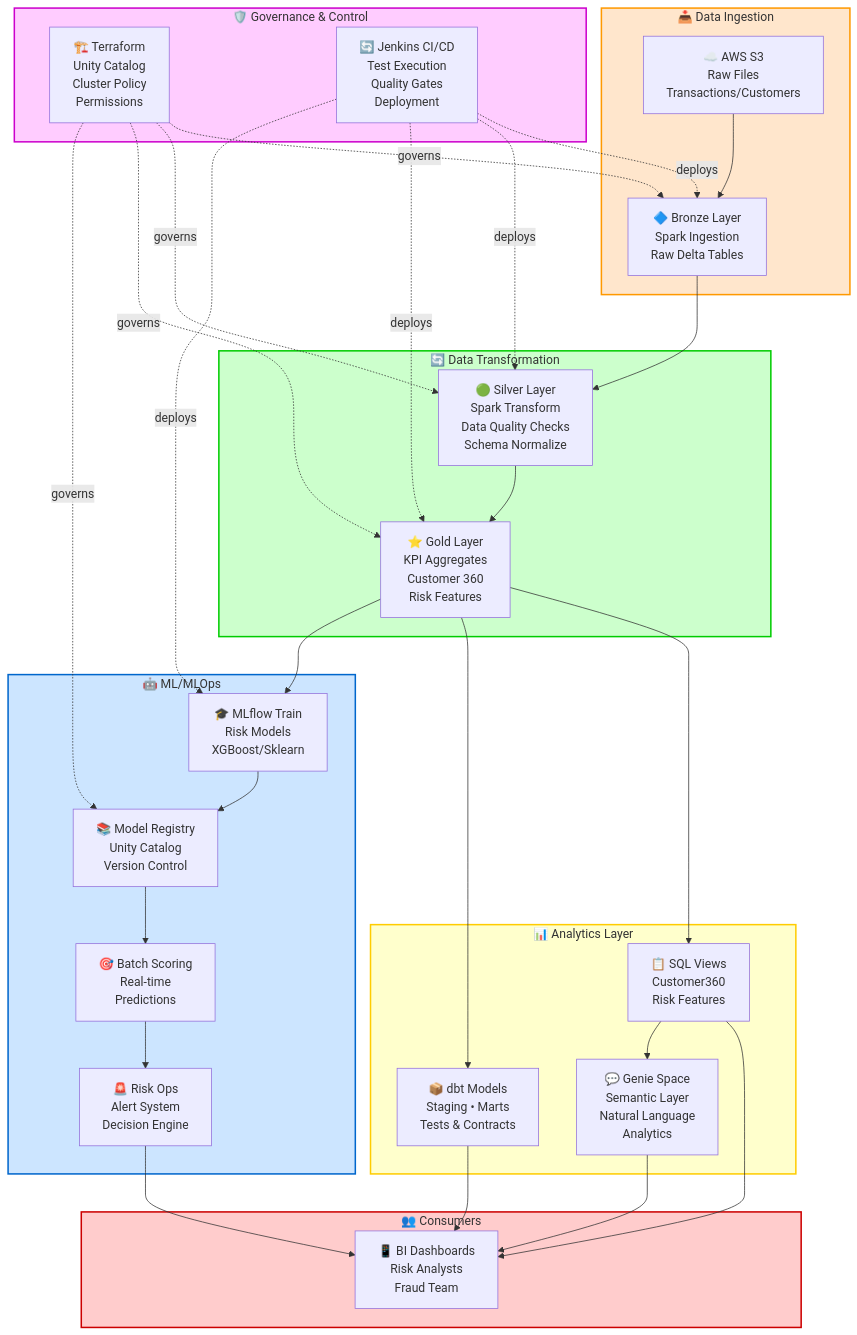
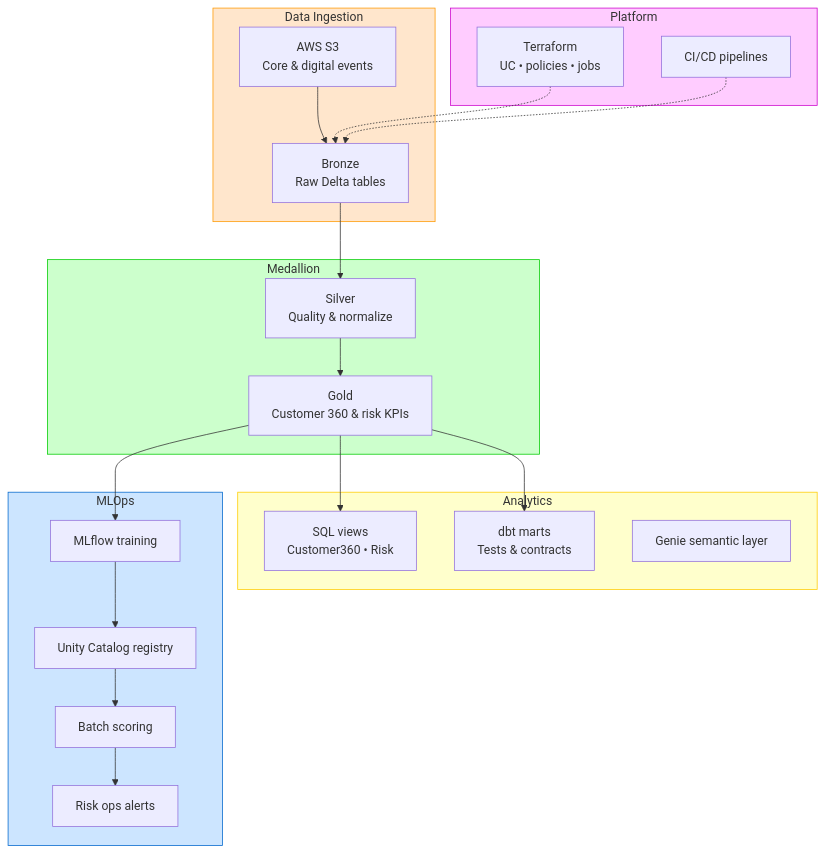
One commit to willtran112358/databrick_engineering changed the diagram in README.md. Above: the diagram before and after it, drawn with Mermaid. The commit also changed other lines of this file and 20 other files, not shown here.

Commit message:
rebrand: Tymex digital bank Databricks platform (tymex_platform schema)

````diff
--- a/README.md
+++ b/README.md
@@ -23,69 +22,44 @@
 ```mermaid
 flowchart TD
-    subgraph INGESTION["📥 Data Ingestion"]
-        A["☁️ AWS S3<br/>Raw Files<br/>Transactions/Customers"]
-        B["🔷 Bronze Layer<br/>Spark Ingestion<br/>Raw Delta Tables"]
+    subgraph INGESTION["Data Ingestion"]
+        A["AWS S3<br/>Core & digital events"]
+        B["Bronze<br/>Raw Delta tables"]
     end
-    
-    subgraph TRANSFORMATION["🔄 Data Transformation"]
-        C["🟢 Silver Layer<br/>Spark Transform<br/>Data Quality Checks<br/>Schema Normalize"]
-        D["⭐ Gold Layer<br/>KPI Aggregates<br/>Customer 360<br/>Risk Features"]
+
+    subgraph TRANSFORMATION["Medallion"]
+        C["Silver<br/>Quality & normalize"]
+        D["Gold<br/>Customer 360 & risk KPIs"]
     end
-    
-    subgraph ANALYTICS["📊 Analytics Layer"]
-        E["📋 SQL Views<br/>Customer360<br/>Risk Features"]
-        F["📦 dbt Models<br/>Staging • Marts<br/>Tests & Contracts"]
-        L["💬 Genie Space<br/>Semantic Layer<br/>Natural Language<br/>Analytics"]
+
+    subgraph ANALYTICS["Analytics"]
+        E["SQL views<br/>Customer360 • Risk"]
+        F["dbt marts<br/>Tests & contracts"]
+        L["Genie semantic layer"]
     end
-    
-    subgraph MLOPS["🤖 ML/MLOps"]
-        H["🎓 MLflow Train<br/>Risk Models<br/>XGBoost/Sklearn"]
-        I["📚 Model Registry<br/>Unity Catalog<br/>Version Control"]
-        J["🎯 Batch Scoring<br/>Real-time<br/>Predictions"]
-        K["🚨 Risk Ops<br/>Alert System<br/>Decision Engine"]
+
+    subgraph MLOPS["MLOps"]
+        H["MLflow training"]
+        I["Unity Catalog registry"]
+        J["Batch scoring"]
+        K["Risk ops alerts"]
     end
-    
-    subgraph GOVERNANCE["🛡️ Governance & Control"]
-        M["🏗️ Terraform<br/>Unity Catalog<br/>Cluster Policy<br/>Permissions"]
-        N["🔄 Jenkins CI/CD<br/>Test Execution<br/>Quality Gates<br/>Deployment"]
+
+    subgraph GOVERNANCE["Platform"]
+        M["Terraform<br/>UC • policies • jobs"]
+        N["CI/CD pipelines"]
     end
-    
-    subgraph CONSUMERS["👥 Consumers"]
-        G["📱 BI Dashboards<br/>Risk Analysts<br/>Fraud Team"]
-    end
-    
-    A --> B
-    B --> C
-    C --> D
-    
+
+    A --> B --> C --> D
     D --> E
     D --> F
     D --> H
-    
-    E --> G
-    E --> L
-    F --> G
-    L --> G
-    
-    H --> I
-    I --> J
-    J --> K
-    K --> G
-    
-    M -.->|governs| B
-    M -.->|governs| C
-    M -.->|governs| D
-    M -.->|governs| I
-    
-    N -.->|deploys| B
-    N -.->|deploys| C
-    N -.->|deploys| D
-    N -.->|deploys| H
-    
-    style INGESTION fill:#ffe6cc,stroke:#ff9900,stroke-width:2px
-    style TRANSFORMATION fill:#ccffcc,stroke:#00cc00,stroke-width:2px
-    style ANALYTICS fill:#ffffcc,stroke:#ffcc00,stroke-width:2px
-    style MLOPS fill:#cce5ff,stroke:#0066cc,stroke-width:2px
-    style GOVERNANCE fill:#ffccff,stroke:#cc00cc,stroke-width:2px
-    style CONSUMERS fill:#ffcccc,stroke:#cc0000,stroke-width:2px
+    H --> I --> J --> K
+    M -.-> B
+    N -.-> B
+
+    style INGESTION fill:#ffe6cc,stroke:#ff9900
+    style TRANSFORMATION fill:#ccffcc,stroke:#00cc00
+    style ANALYTICS fill:#ffffcc,stroke:#ffcc00
+    style MLOPS fill:#cce5ff,stroke:#0066cc
+    style GOVERNANCE fill:#ffccff,stroke:#cc00cc
 ```
````
